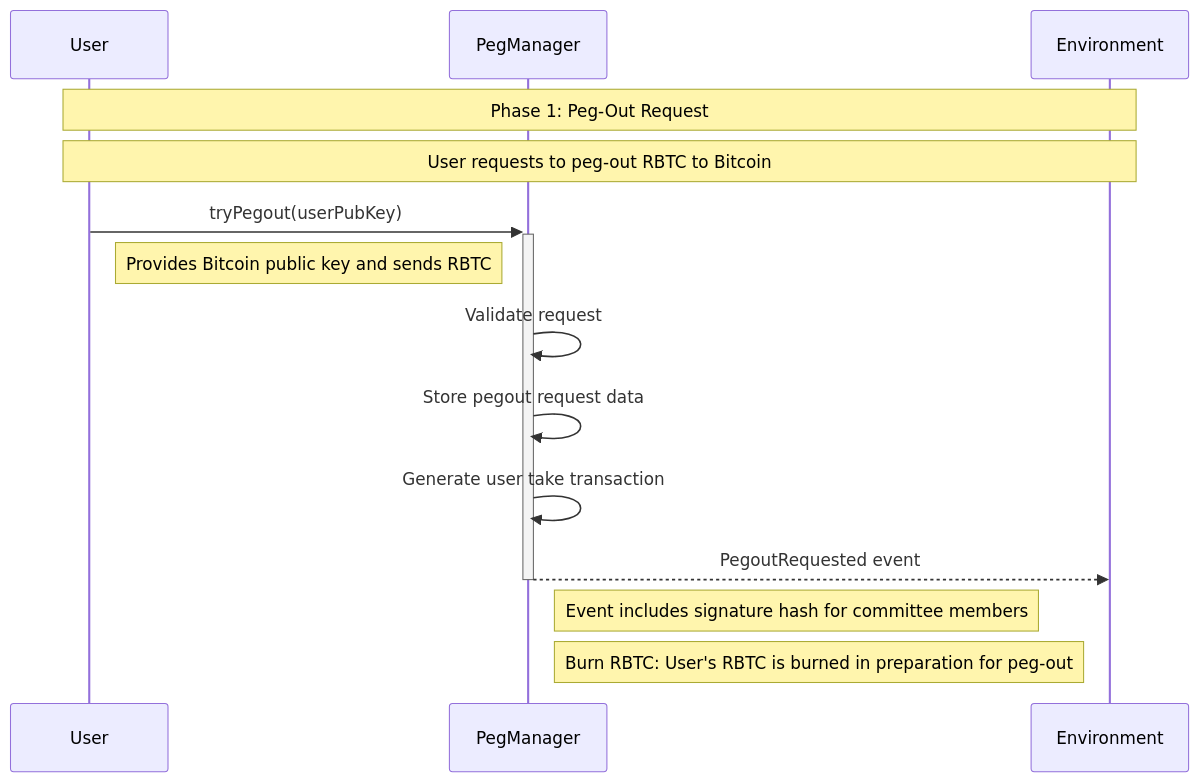
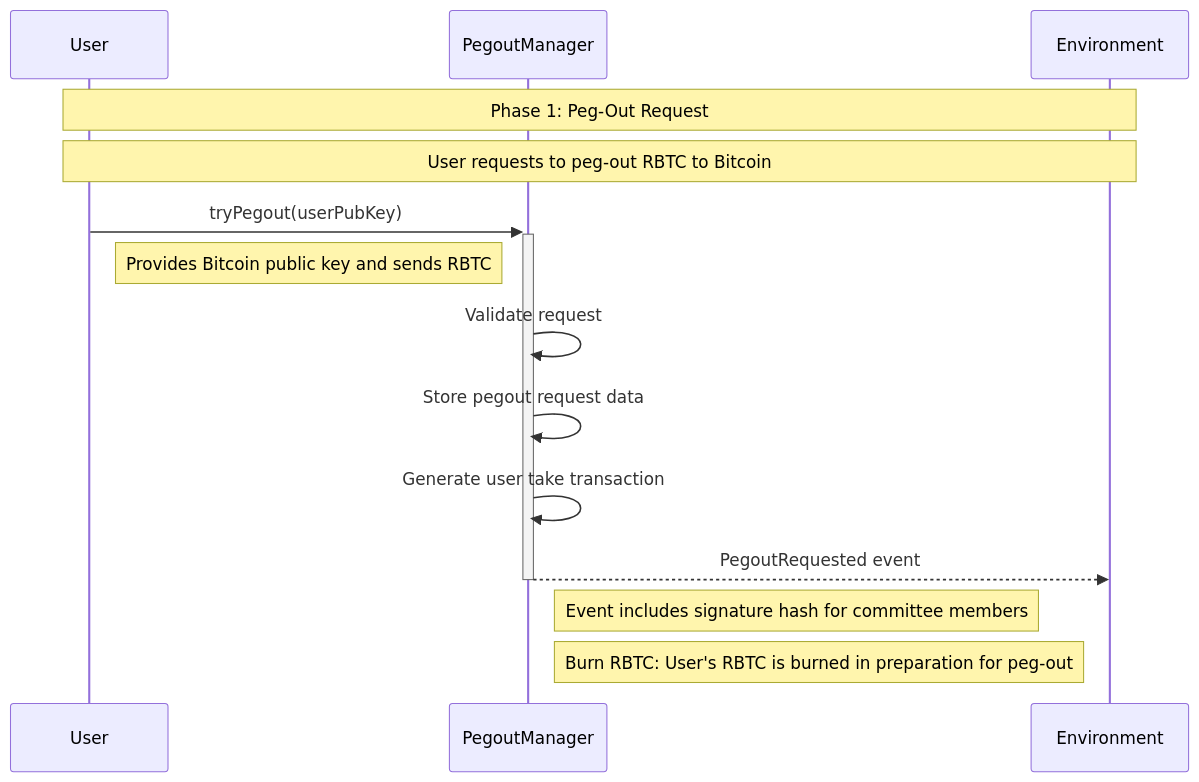
One commit to rsksmart/union-bridge-contracts changed the eighth of 12 diagrams in README.md. Above: the diagram before and after it, drawn with Mermaid. The commit also changed other lines of this file, not shown here.

````diff
--- a/README.md
+++ b/README.md
@@ -426,18 +426,18 @@
 ```mermaid
 sequenceDiagram
     participant U as User
-    participant PM as PegManager
+    participant POM as PegoutManager
     participant ENV as Environment
 
     Note over U,ENV: Phase 1: Peg-Out Request
     Note over U,ENV: User requests to peg-out RBTC to Bitcoin
 
-    U->>+PM: tryPegout(userPubKey)
+    U->>+POM: tryPegout(userPubKey)
     Note right of U: Provides Bitcoin public key and sends RBTC
-    PM->>PM: Validate request
-    PM->>PM: Store pegout request data
-    PM->>PM: Generate user take transaction
-    PM-->>-ENV: PegoutRequested event
-    Note right of PM: Event includes signature hash for committee members
-    Note right of PM: Burn RBTC: User's RBTC is burned in preparation for peg-out
+    POM->>POM: Validate request
+    POM->>POM: Store pegout request data
+    POM->>POM: Generate user take transaction
+    POM-->>-ENV: PegoutRequested event
+    Note right of POM: Event includes signature hash for committee members
+    Note right of POM: Burn RBTC: User's RBTC is burned in preparation for peg-out
 ```
````
